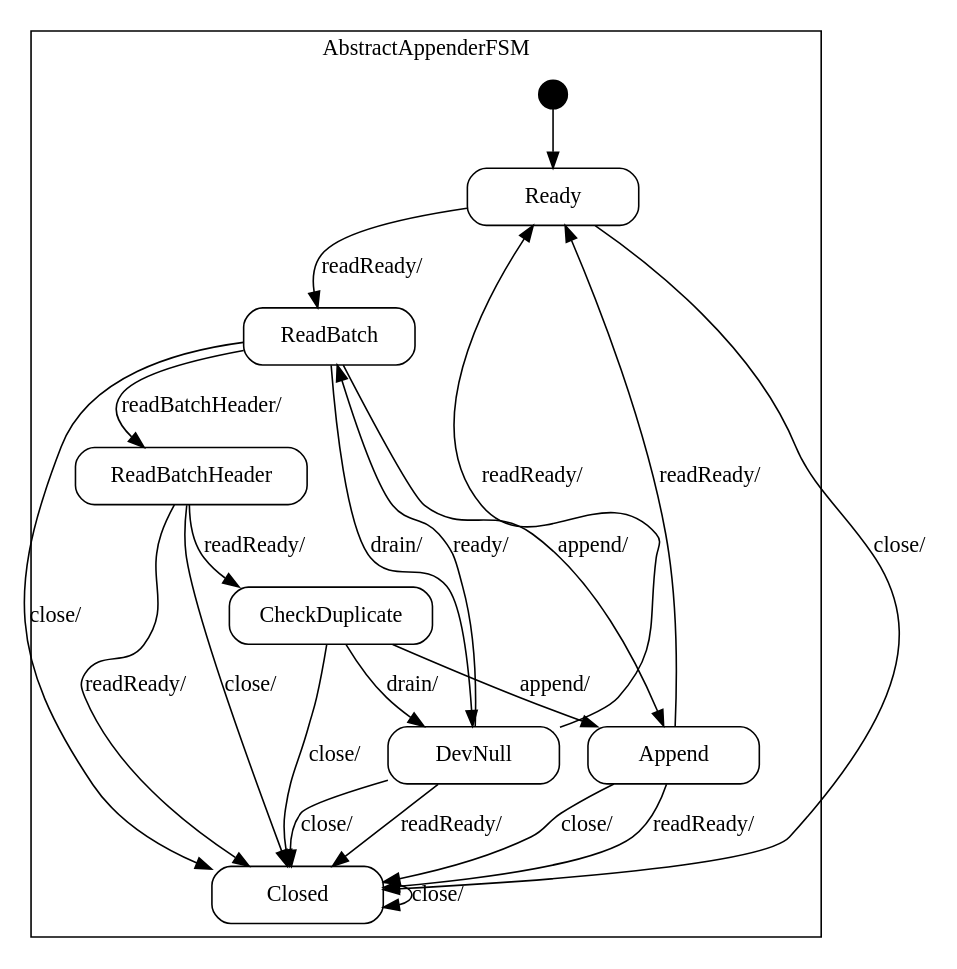
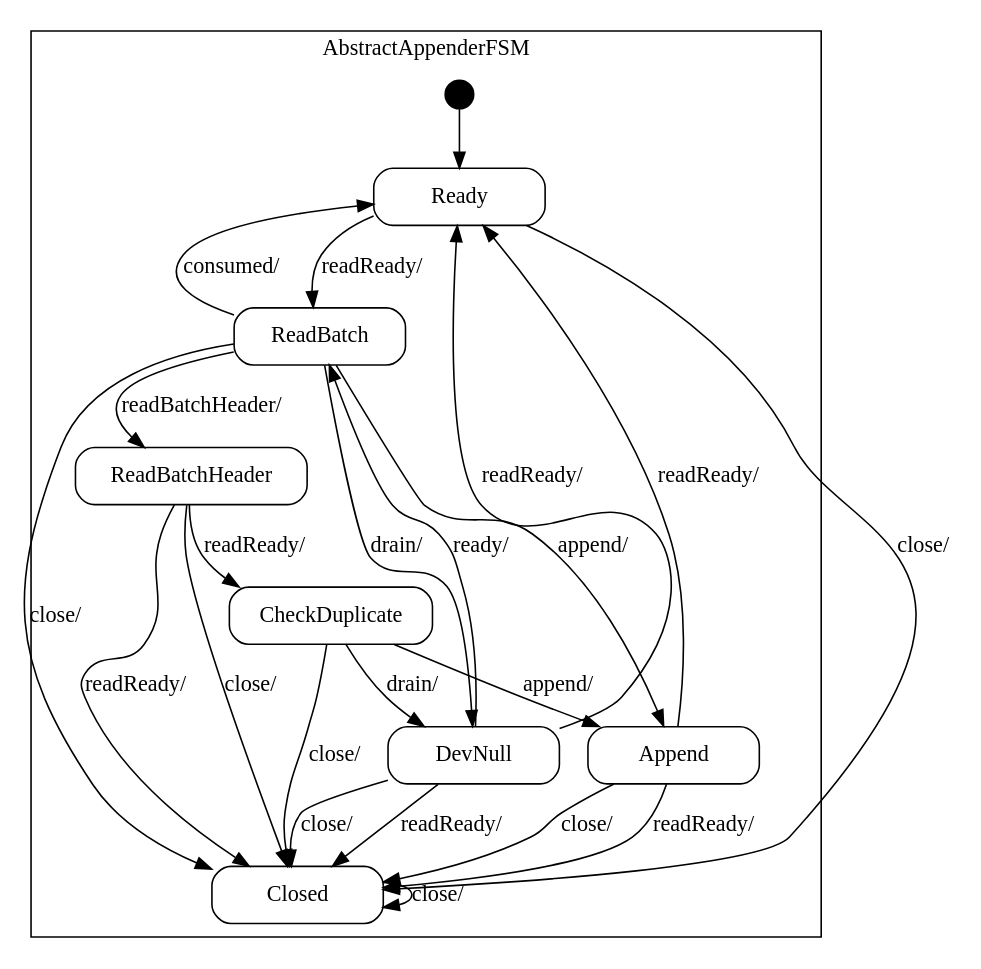
Before and after one commit to vmehra-sfdc/Ouroboros: the diagram in spindle/doc/AbstractAppender_sm.dot, drawn with Graphviz. The commit also changed 23 other files, not shown here.

Commit message:
Fix bug with appender which would cause it to starve for read ready events.  Add limiting for # of batches processed by the various batching protocols.

```diff
--- a/spindle/doc/AbstractAppender_sm.dot
+++ b/spindle/doc/AbstractAppender_sm.dot
@@ -1,105 +1,108 @@
 digraph AbstractAppender {
 
     node
         [shape=Mrecord width=1.5];
 
     subgraph cluster_AbstractAppenderFSM {
 
         label="AbstractAppenderFSM";
 
         //
         // States (Nodes)
         //
 
         "AbstractAppenderFSM::Ready"
             [label="{Ready}"];
 
         "AbstractAppenderFSM::ReadBatch"
             [label="{ReadBatch}"];
 
         "AbstractAppenderFSM::ReadBatchHeader"
             [label="{ReadBatchHeader}"];
 
         "AbstractAppenderFSM::CheckDuplicate"
             [label="{CheckDuplicate}"];
 
         "AbstractAppenderFSM::Append"
             [label="{Append}"];
 
         "AbstractAppenderFSM::DevNull"
             [label="{DevNull}"];
 
         "AbstractAppenderFSM::Closed"
             [label="{Closed}"];
 
         "%start"
             [label="" shape=circle style=filled fillcolor=black width=0.25];
 
         //
         // Transitions (Edges)
         //
 
         "AbstractAppenderFSM::Ready" -> "AbstractAppenderFSM::ReadBatch"
             [label="readReady/\l"];
 
         "AbstractAppenderFSM::Ready" -> "AbstractAppenderFSM::Closed"
             [label="close/\l"];
 
         "AbstractAppenderFSM::ReadBatch" -> "AbstractAppenderFSM::DevNull"
             [label="drain/\l"];
 
         "AbstractAppenderFSM::ReadBatch" -> "AbstractAppenderFSM::Append"
             [label="append/\l"];
 
         "AbstractAppenderFSM::ReadBatch" -> "AbstractAppenderFSM::ReadBatchHeader"
             [label="readBatchHeader/\l"];
 
+        "AbstractAppenderFSM::ReadBatch" -> "AbstractAppenderFSM::Ready"
+            [label="consumed/\l"];
+
         "AbstractAppenderFSM::ReadBatch" -> "AbstractAppenderFSM::Closed"
             [label="close/\l"];
 
         "AbstractAppenderFSM::ReadBatchHeader" -> "AbstractAppenderFSM::Closed"
             [label="readReady/\l"];
 
         "AbstractAppenderFSM::ReadBatchHeader" -> "AbstractAppenderFSM::CheckDuplicate"
             [label="readReady/\l"];
 
         "AbstractAppenderFSM::ReadBatchHeader" -> "AbstractAppenderFSM::Closed"
             [label="close/\l"];
 
         "AbstractAppenderFSM::CheckDuplicate" -> "AbstractAppenderFSM::Append"
             [label="append/\l"];
 
         "AbstractAppenderFSM::CheckDuplicate" -> "AbstractAppenderFSM::DevNull"
             [label="drain/\l"];
 
         "AbstractAppenderFSM::CheckDuplicate" -> "AbstractAppenderFSM::Closed"
             [label="close/\l"];
 
         "AbstractAppenderFSM::Append" -> "AbstractAppenderFSM::Closed"
             [label="readReady/\l"];
 
         "AbstractAppenderFSM::Append" -> "AbstractAppenderFSM::Ready"
             [label="readReady/\l"];
 
         "AbstractAppenderFSM::Append" -> "AbstractAppenderFSM::Closed"
             [label="close/\l"];
 
         "AbstractAppenderFSM::DevNull" -> "AbstractAppenderFSM::ReadBatch"
             [label="ready/\l"];
 
         "AbstractAppenderFSM::DevNull" -> "AbstractAppenderFSM::Closed"
             [label="readReady/\l"];
 
         "AbstractAppenderFSM::DevNull" -> "AbstractAppenderFSM::Ready"
             [label="readReady/\l"];
 
         "AbstractAppenderFSM::DevNull" -> "AbstractAppenderFSM::Closed"
             [label="close/\l"];
 
         "AbstractAppenderFSM::Closed" -> "AbstractAppenderFSM::Closed"
             [label="close/\l"];
 
         "%start" -> "AbstractAppenderFSM::Ready"
     }
 
 }
```
